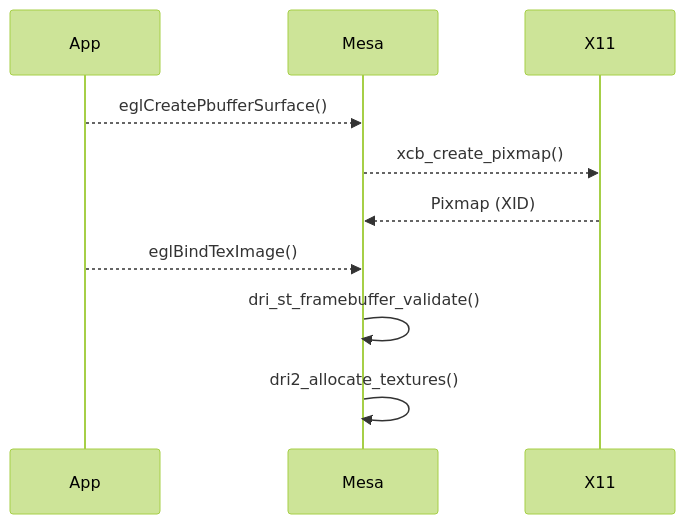
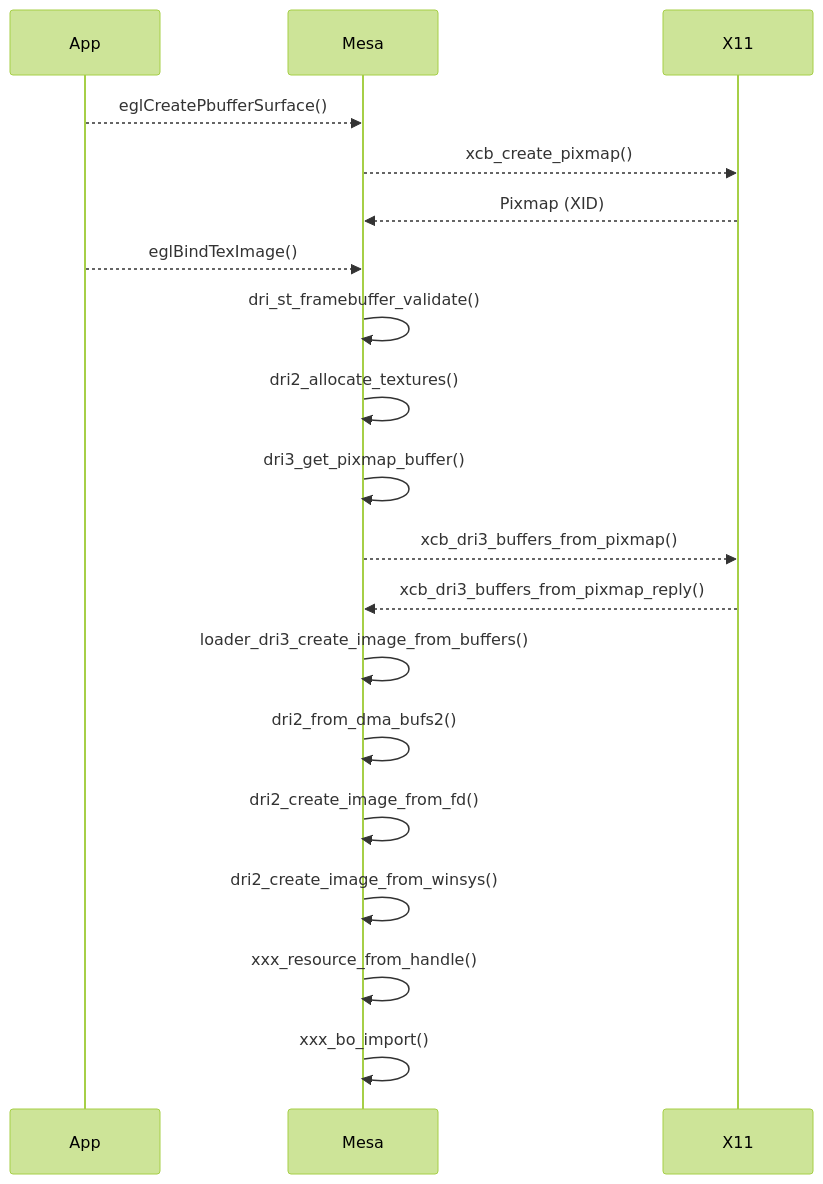
The diagram in source/_posts/gfx/dri.md (lucmann/lucmann.github.io), drawn with Mermaid (forest theme) before and after one commit.

Commit message:
gfx: eglBindTexImage()

````diff
--- a/source/_posts/gfx/dri.md
+++ b/source/_posts/gfx/dri.md
@@ -30,13 +30,22 @@
 ```mermaid
 sequenceDiagram
     participant App
     participant Mesa
     participant X11
 
     App-->>Mesa: eglCreatePbufferSurface()
     Mesa-->>X11: xcb_create_pixmap()
     X11-->>Mesa: Pixmap (XID)
     App-->>Mesa: eglBindTexImage()
     Mesa->>Mesa: dri_st_framebuffer_validate()
     Mesa->>Mesa: dri2_allocate_textures()
+    Mesa->>Mesa: dri3_get_pixmap_buffer()
+    Mesa-->>X11: xcb_dri3_buffers_from_pixmap()
+    X11-->>Mesa: xcb_dri3_buffers_from_pixmap_reply()
+    Mesa->>Mesa: loader_dri3_create_image_from_buffers()
+    Mesa->>Mesa: dri2_from_dma_bufs2()
+    Mesa->>Mesa: dri2_create_image_from_fd()
+    Mesa->>Mesa: dri2_create_image_from_winsys()
+    Mesa->>Mesa: xxx_resource_from_handle()
+    Mesa->>Mesa: xxx_bo_import()
 ```
````
